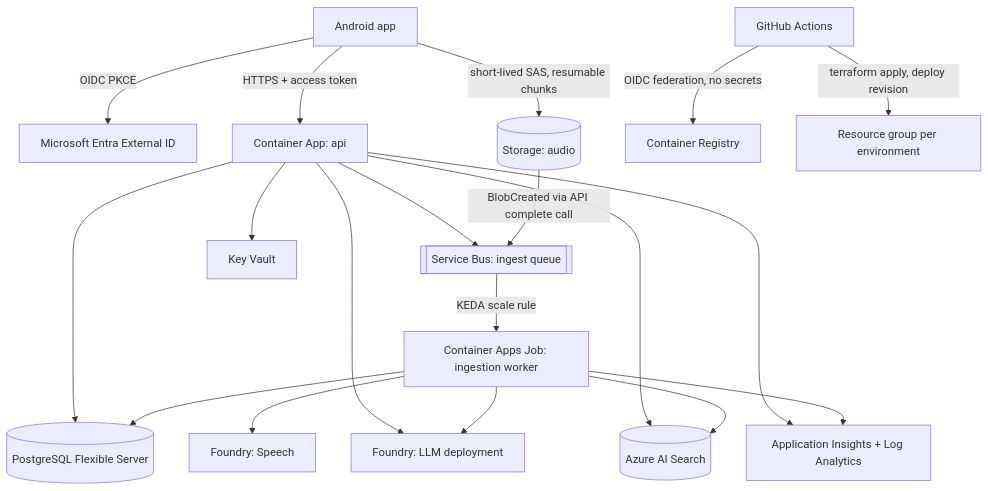
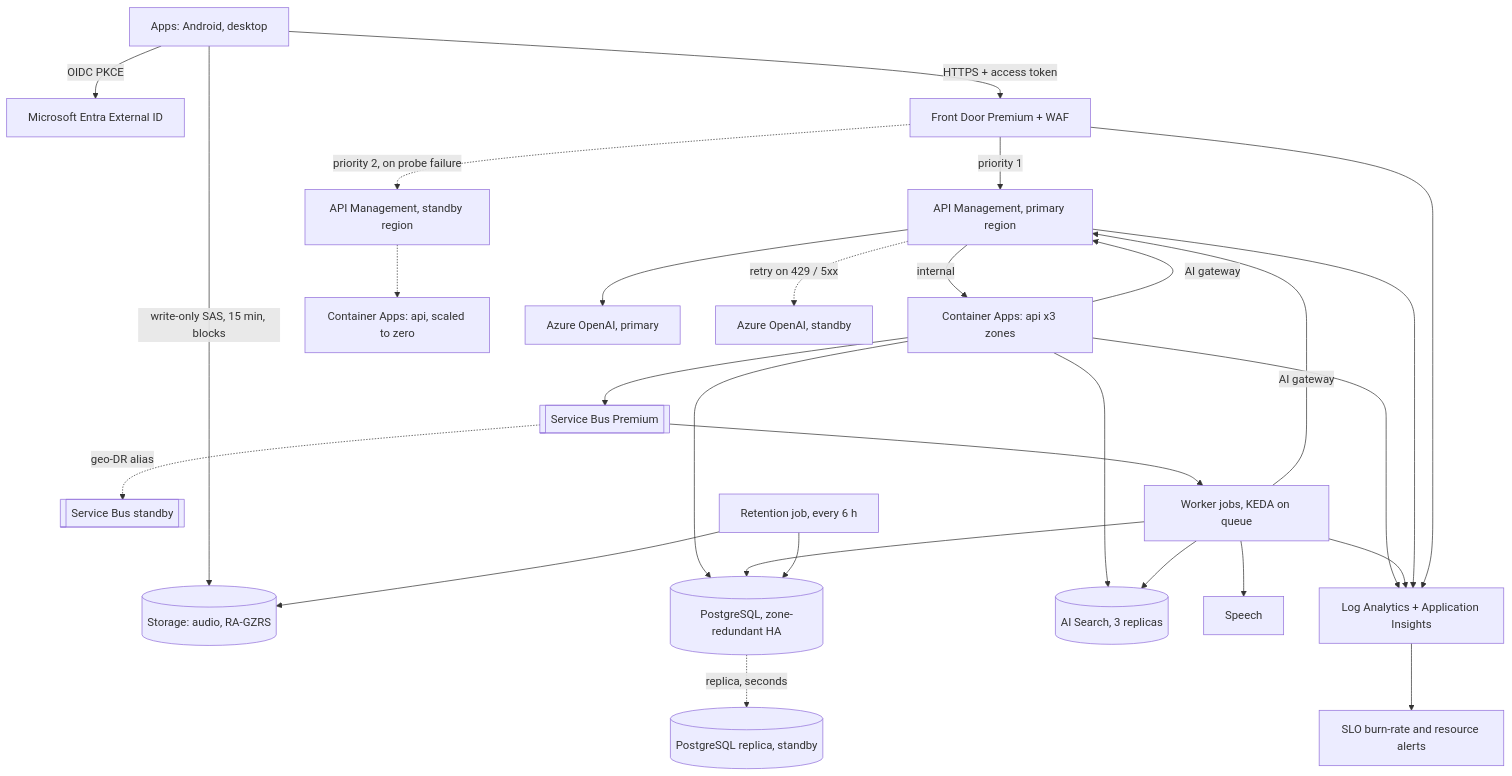
One commit to PierfrancescoLijoi/nodo-ai changed the diagram in docs/AZURE-ARCHITECTURE.md. Above: the diagram before and after it, drawn with Mermaid. The commit also changed other lines of this file and 35 other files, not shown here.

First line of the commit message:
feat(infra): professional Azure tier - edge, API gateway, private network, DR, observability, compliance

````diff
--- a/docs/AZURE-ARCHITECTURE.md
+++ b/docs/AZURE-ARCHITECTURE.md
@@ -9,20 +33,27 @@
 ```mermaid
 flowchart TD
-  APP[Android app] -->|OIDC PKCE| EID[Microsoft Entra External ID]
-  APP -->|HTTPS + access token| API[Container App: api]
-  APP -->|short-lived SAS, resumable chunks| BLOB[(Storage: audio)]
-  API --> PG[(PostgreSQL Flexible Server)]
-  API --> SB[[Service Bus: ingest queue]]
-  API --> SRCH[(Azure AI Search)]
-  API --> AOAI[Foundry: LLM deployment]
-  API --> KV[Key Vault]
-  BLOB -->|BlobCreated via API complete call| SB
-  SB -->|KEDA scale rule| WRK[Container Apps Job: ingestion worker]
-  WRK --> SPEECH[Foundry: Speech]
-  WRK --> AOAI
+  APP[Apps: Android, desktop] -->|OIDC PKCE| EID[Microsoft Entra External ID]
+  APP -->|HTTPS + access token| AFD[Front Door Premium + WAF]
+  APP -->|write-only SAS, 15 min, blocks| BLOB[(Storage: audio, RA-GZRS)]
+  AFD -->|priority 1| APIMP[API Management, primary region]
+  AFD -.->|priority 2, on probe failure| APIMS[API Management, standby region]
+  APIMP -->|internal| APIP[Container Apps: api x3 zones]
+  APIMS -.-> APIS[Container Apps: api, scaled to zero]
+  APIP --> PG[(PostgreSQL, zone-redundant HA)]
+  PG -.->|replica, seconds| PGS[(PostgreSQL replica, standby)]
+  APIP --> SB[[Service Bus Premium]]
+  SB -.->|geo-DR alias| SBS[[Service Bus standby]]
+  APIP --> SRCH[(AI Search, 3 replicas)]
+  APIP -->|AI gateway| APIMP
+  WRK[Worker jobs, KEDA on queue] -->|AI gateway| APIMP
+  APIMP --> AOAI[Azure OpenAI, primary]
+  APIMP -.->|retry on 429 / 5xx| AOAS[Azure OpenAI, standby]
+  SB --> WRK
+  WRK --> SPEECH[Speech]
   WRK --> PG
   WRK --> SRCH
-  API & WRK --> AI[Application Insights + Log Analytics]
-  GH[GitHub Actions] -->|OIDC federation, no secrets| ACR[Container Registry]
-  GH -->|terraform apply, deploy revision| RG[Resource group per environment]
+  RET[Retention job, every 6 h] --> PG
+  RET --> BLOB
+  APIP & WRK & APIMP & AFD --> LAW[Log Analytics + Application Insights]
+  LAW --> ALERT[SLO burn-rate and resource alerts]
 ```
````
